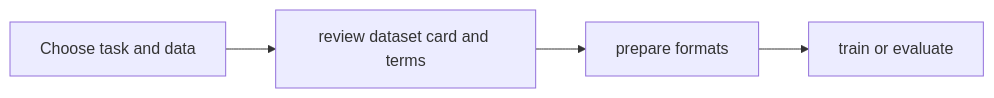
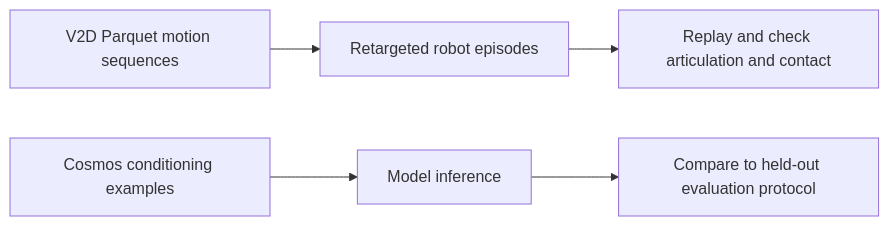
One commit to james-joobs/awesome-nvidia-physical-ai changed the diagram in docs/en/datasets-v2d-cosmos.md. Above: the diagram before and after it, drawn with Mermaid. The commit also changed other lines of this file and 187 other files, not shown here.

Commit message:
Expand bilingual guides with official architecture references

````diff
--- a/docs/en/datasets-v2d-cosmos.md
+++ b/docs/en/datasets-v2d-cosmos.md
@@ -11,8 +16,7 @@
 ```mermaid
 flowchart LR
-  S0["Choose task and data"]
-  S1["review dataset card and terms"]
-  S2["prepare formats"]
-  S3["train or evaluate"]
-  S0 --> S1 --> S2 --> S3
+    M["V2D Parquet motion sequences"] --> R["Retargeted robot episodes"]
+    R --> Q["Replay and check articulation and contact"]
+    C["Cosmos conditioning examples"] --> G["Model inference"]
+    G --> E["Compare to held-out evaluation protocol"]
 ```
````
